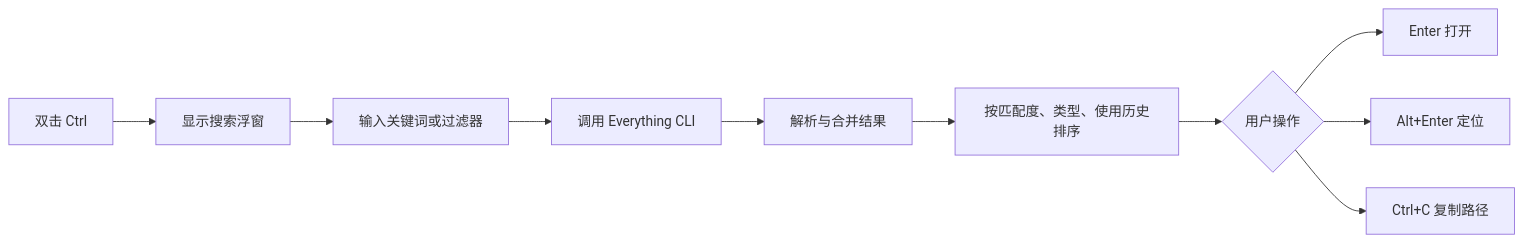
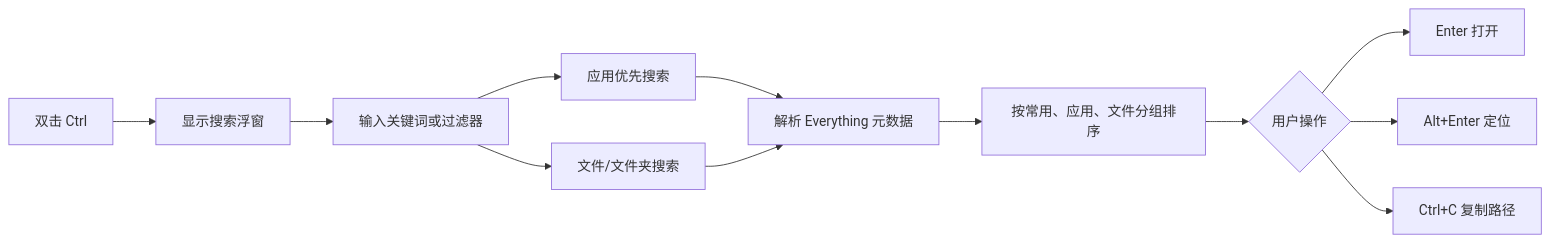
One commit to bfs1201/everything-desktop-search changed the first of 3 diagrams in README.md. Above: the diagram before and after it, drawn with Mermaid. The commit also changed other lines of this file and 12 other files, not shown here.

````diff
--- a/README.md
+++ b/README.md
@@ -7,12 +7,14 @@
 ```mermaid
 flowchart LR
   A["双击 Ctrl"] --> B["显示搜索浮窗"]
   B --> C["输入关键词或过滤器"]
-  C --> D["调用 Everything CLI"]
-  D --> E["解析与合并结果"]
-  E --> F["按匹配度、类型、使用历史排序"]
-  F --> G{"用户操作"}
-  G --> H["Enter 打开"]
-  G --> I["Alt+Enter 定位"]
-  G --> J["Ctrl+C 复制路径"]
+  C --> D["应用优先搜索"]
+  C --> E["文件/文件夹搜索"]
+  D --> F["解析 Everything 元数据"]
+  E --> F
+  F --> G["按常用、应用、文件分组排序"]
+  G --> H{"用户操作"}
+  H --> I["Enter 打开"]
+  H --> J["Alt+Enter 定位"]
+  H --> K["Ctrl+C 复制路径"]
 ```
````
